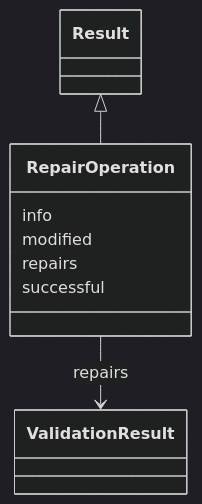
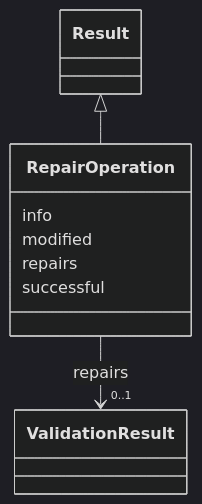
One commit to INCATools/ontology-access-kit changed the diagram in validation/RepairOperation.md. Above: the diagram before and after it, drawn with Mermaid (dark theme). The commit also changed other lines of this file and 3329 other files, not shown here.

````diff
--- a/validation/RepairOperation.md
+++ b/validation/RepairOperation.md
@@ -17,17 +19,24 @@
 ```{mermaid}
  classDiagram
     class RepairOperation
+    click RepairOperation href "../RepairOperation"
       Result <|-- RepairOperation
+        click Result href "../Result"
       
       RepairOperation : info
         
       RepairOperation : modified
         
       RepairOperation : repairs
         
-          RepairOperation --> ValidationResult : repairs
+          
+    
+    
+    RepairOperation --> "0..1" ValidationResult : repairs
+    click ValidationResult href "../ValidationResult"
+
         
       RepairOperation : successful
         
       
 ```
````
